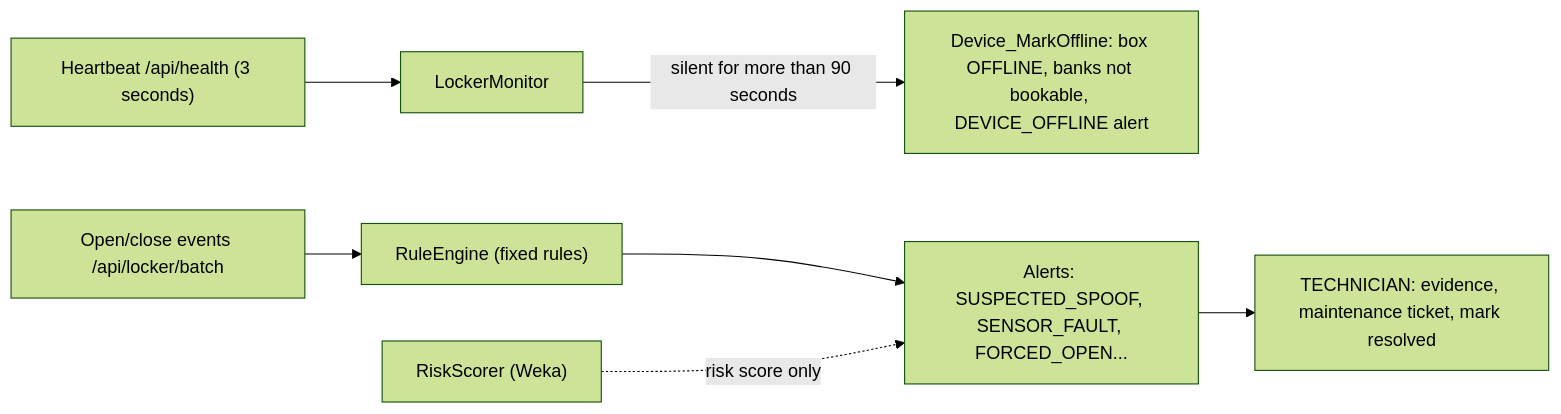
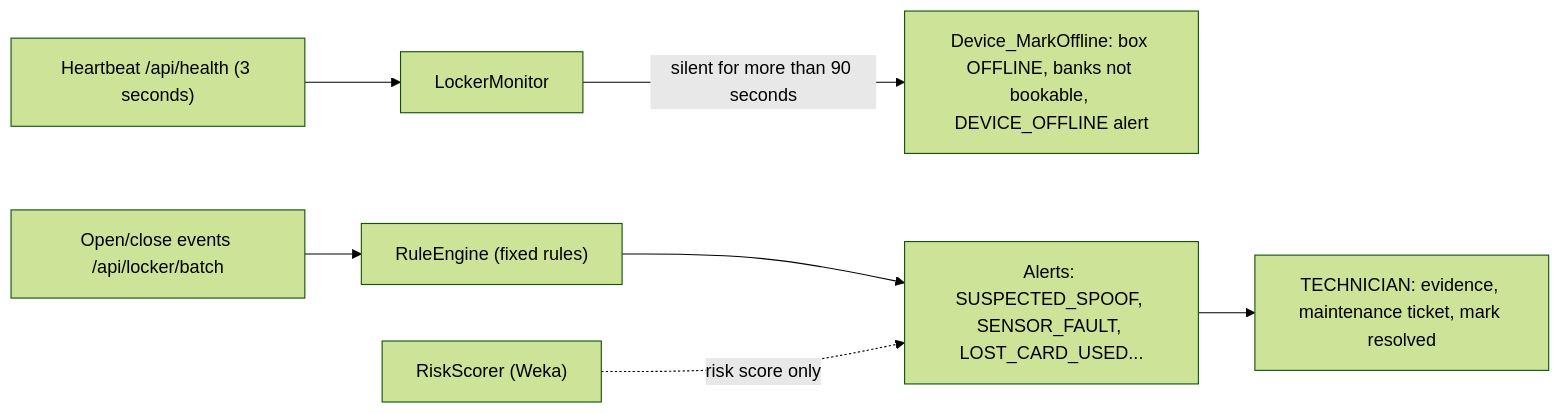
One commit to HoangDuc1003/SmartLocker changed the third of 4 diagrams in README.en.md. Above: the diagram before and after it, drawn with Mermaid (forest theme). The commit also changed other lines of this file and 58 other files, not shown here.

````diff
--- a/README.en.md
+++ b/README.en.md
@@ -362,9 +363,9 @@
 ```mermaid
 flowchart LR
     HB["Heartbeat /api/health (3 seconds)"] --> LM["LockerMonitor"]
     LM -->|"silent for more than 90 seconds"| OFF["Device_MarkOffline: box OFFLINE, banks not bookable, DEVICE_OFFLINE alert"]
     EV["Open/close events /api/locker/batch"] --> RE["RuleEngine (fixed rules)"]
-    RE --> AL["Alerts: SUSPECTED_SPOOF, SENSOR_FAULT, FORCED_OPEN..."]
+    RE --> AL["Alerts: SUSPECTED_SPOOF, SENSOR_FAULT, LOST_CARD_USED..."]
     RS["RiskScorer (Weka)"] -.->|"risk score only"| AL
     AL --> T["TECHNICIAN: evidence, maintenance ticket, mark resolved"]
 ```
````
